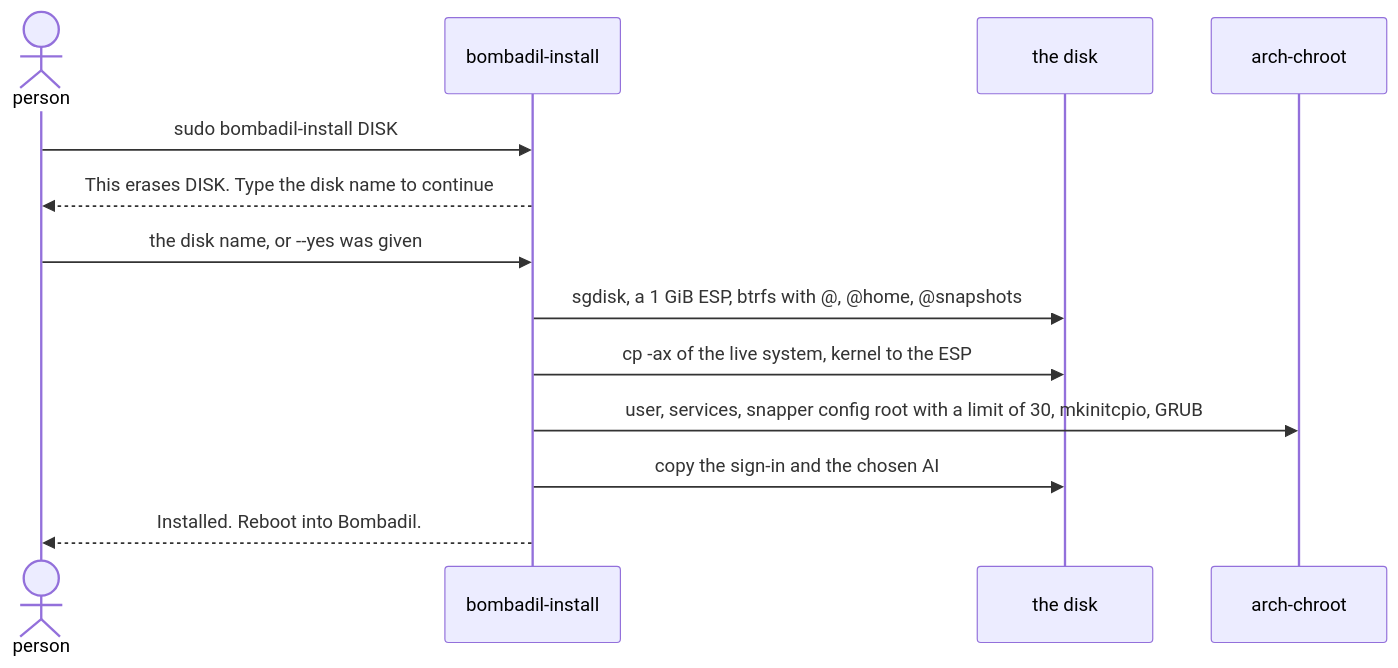
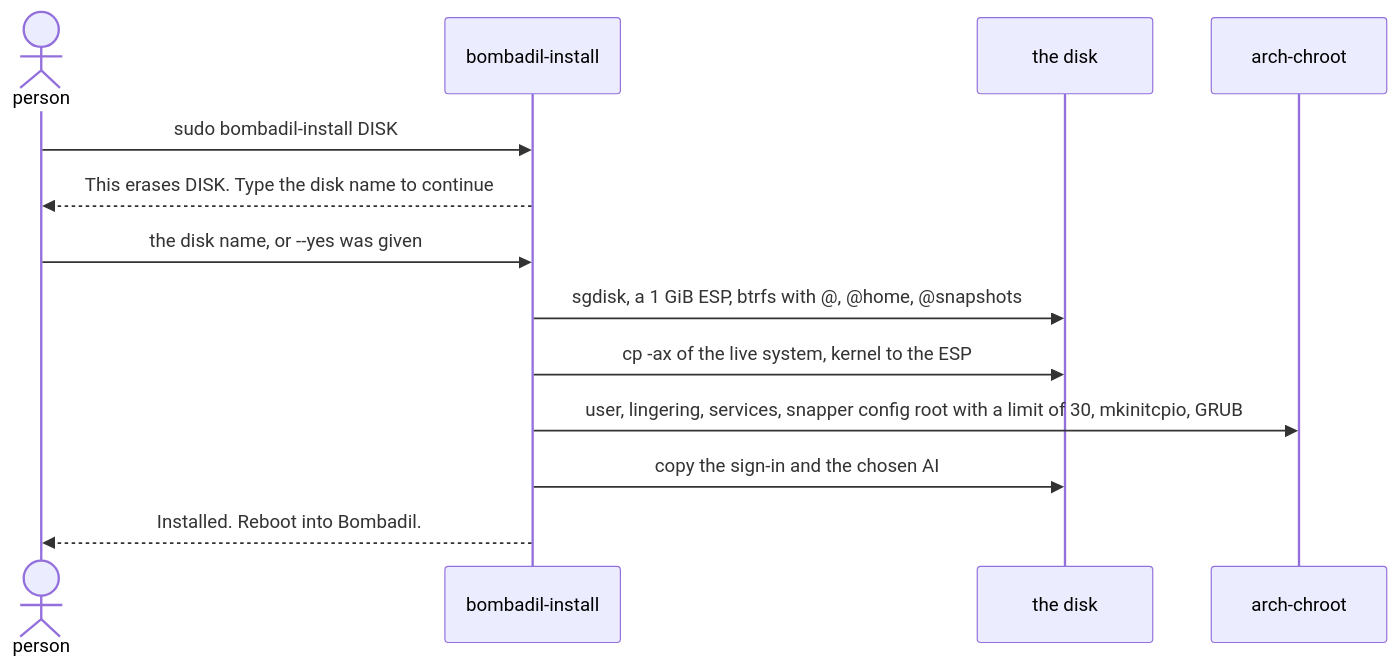
Before and after one commit to thedefaultman/Bombadil: diagram 13 of 18 in docs/ux/flows.md, drawn with Mermaid. The commit also changed other lines of this file and 37 other files, not shown here.

````diff
--- a/docs/ux/flows.md
+++ b/docs/ux/flows.md
@@ -620,15 +621,15 @@
 ```mermaid
 sequenceDiagram
     actor U as person
     participant I as bombadil-install
     participant D as the disk
     participant C as arch-chroot
     U->>I: sudo bombadil-install DISK
     I-->>U: This erases DISK. Type the disk name to continue
     U->>I: the disk name, or --yes was given
     I->>D: sgdisk, a 1 GiB ESP, btrfs with @, @home, @snapshots
     I->>D: cp -ax of the live system, kernel to the ESP
-    I->>C: user, services, snapper config root with a limit of 30, mkinitcpio, GRUB
+    I->>C: user, lingering, services, snapper config root with a limit of 30, mkinitcpio, GRUB
     I->>D: copy the sign-in and the chosen AI
     I-->>U: Installed. Reboot into Bombadil.
 ```
````
